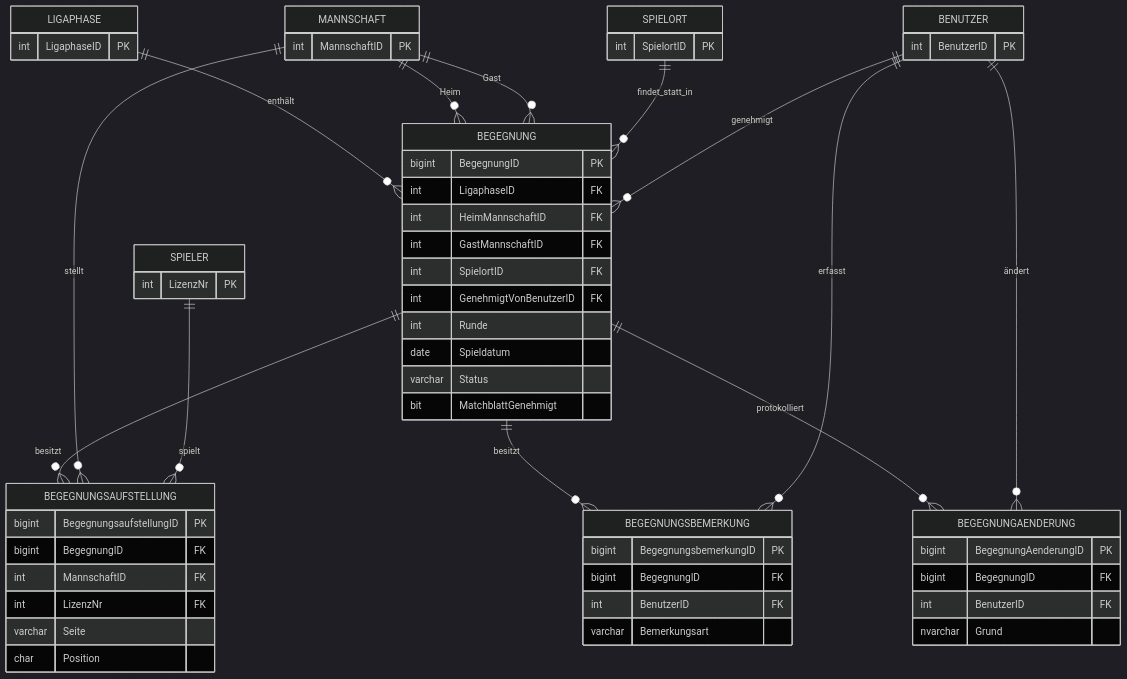
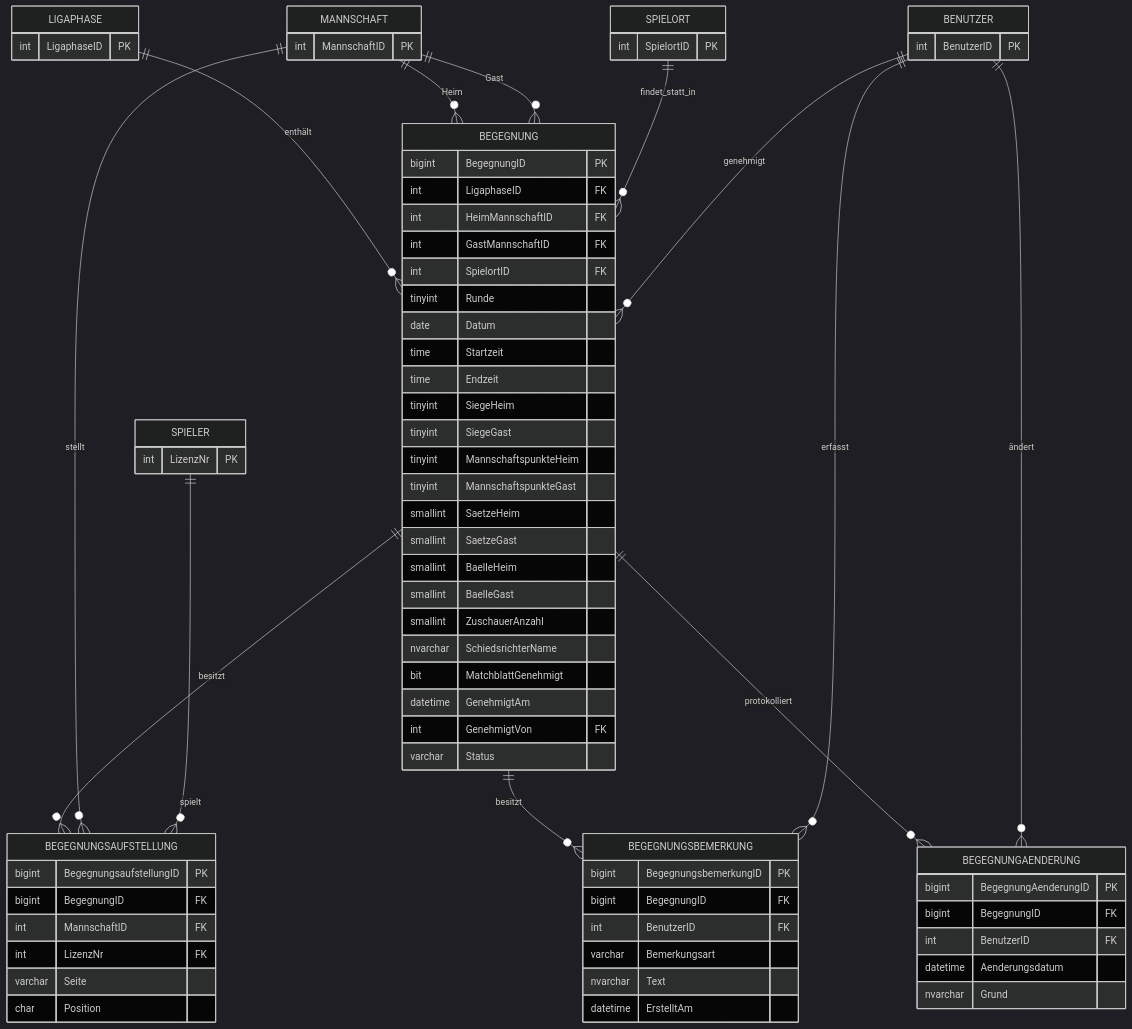
Before and after one commit to 19boboy97/STT-DB_Modularbeit2: the fifth of 7 diagrams in docs/ER-Diagramm.md, drawn with Mermaid (dark theme). The commit also changed other lines of this file, not shown here.

Commit message:
Correct ER diagram schema details

````diff
--- a/docs/ER-Diagramm.md
+++ b/docs/ER-Diagramm.md
@@ -372,5 +418,6 @@
-``` mermaid
+```mermaid
 erDiagram
+
     LIGAPHASE {
         int LigaphaseID PK
     }
@@ -397,11 +444,24 @@
         int HeimMannschaftID FK
         int GastMannschaftID FK
         int SpielortID FK
-        int GenehmigtVonBenutzerID FK
-        int Runde
-        date Spieldatum
+        tinyint Runde
+        date Datum
+        time Startzeit
+        time Endzeit
+        tinyint SiegeHeim
+        tinyint SiegeGast
+        tinyint MannschaftspunkteHeim
+        tinyint MannschaftspunkteGast
+        smallint SaetzeHeim
+        smallint SaetzeGast
+        smallint BaelleHeim
+        smallint BaelleGast
+        smallint ZuschauerAnzahl
+        nvarchar SchiedsrichterName
+        bit MatchblattGenehmigt
+        datetime GenehmigtAm
+        int GenehmigtVon FK
         varchar Status
-        bit MatchblattGenehmigt
     }
 
     BEGEGNUNGSAUFSTELLUNG {
@@ -418,12 +478,15 @@
         bigint BegegnungID FK
         int BenutzerID FK
         varchar Bemerkungsart
+        nvarchar Text
+        datetime ErstelltAm
     }
 
     BEGEGNUNGAENDERUNG {
         bigint BegegnungAenderungID PK
         bigint BegegnungID FK
         int BenutzerID FK
+        datetime Aenderungsdatum
         nvarchar Grund
     }
 
````
